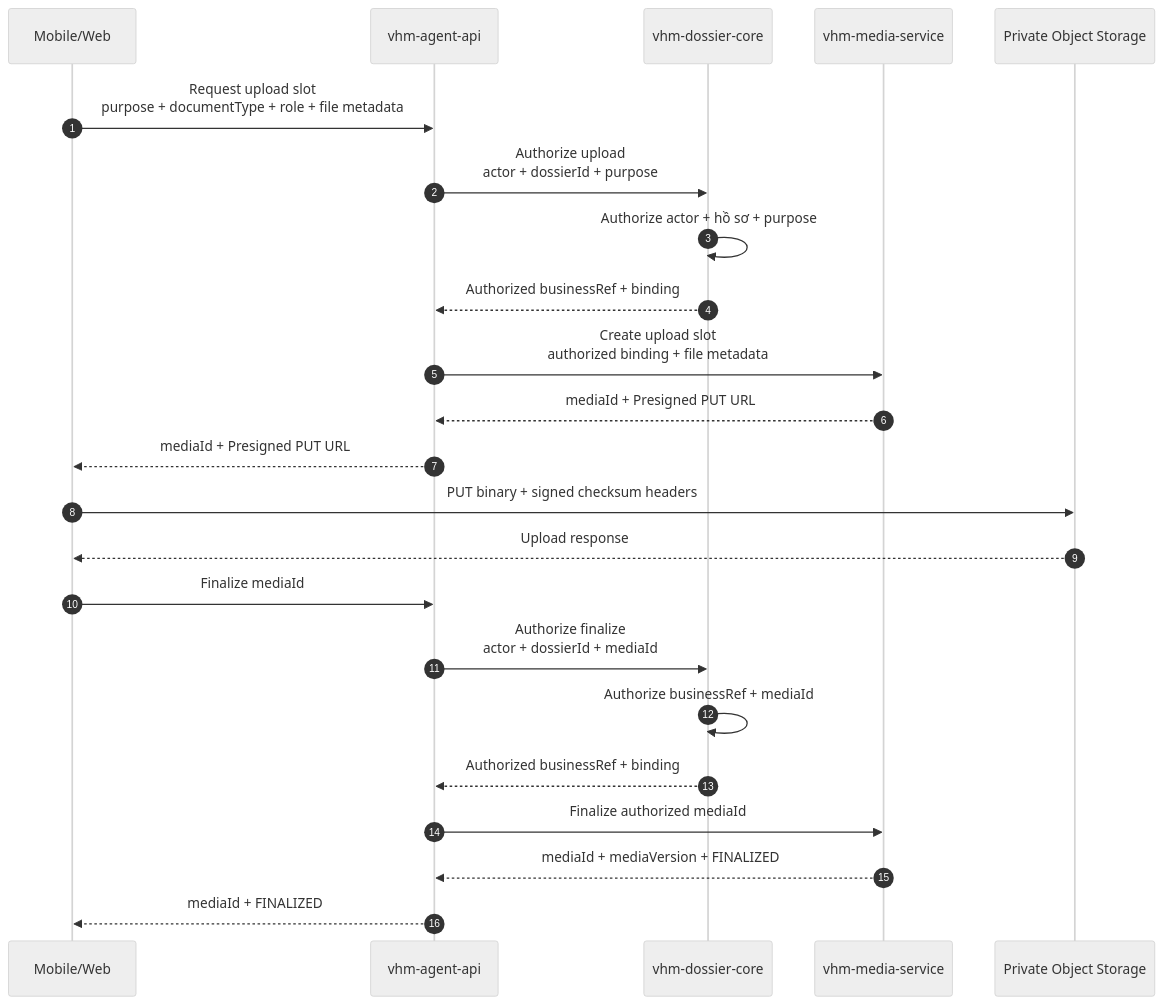
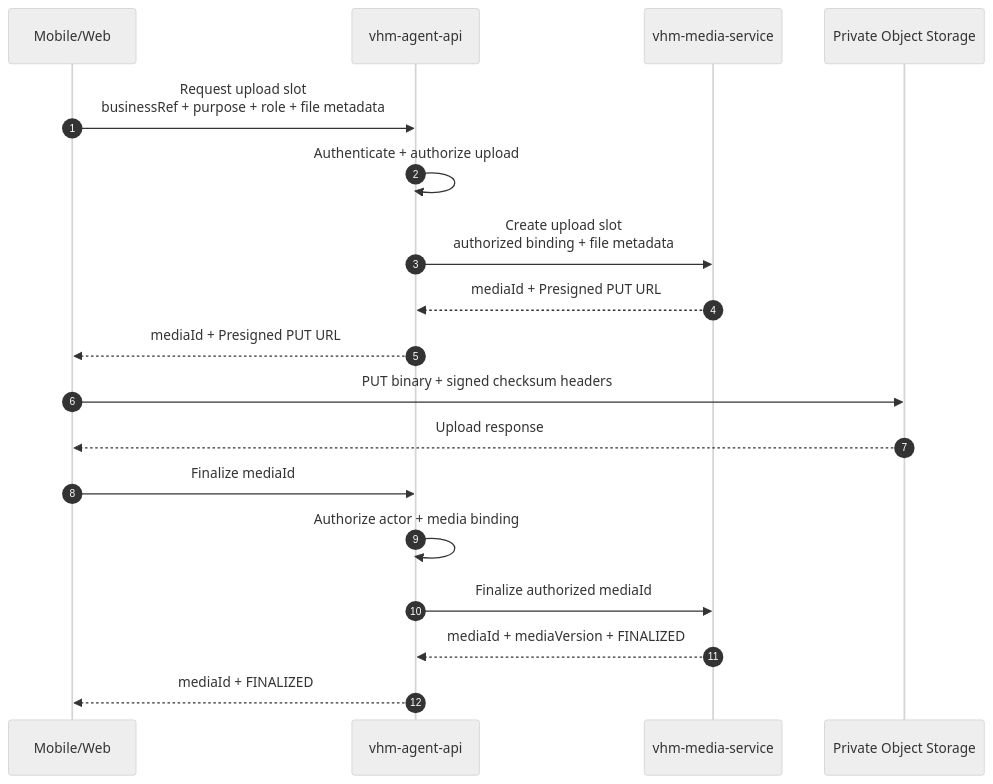
One commit to huynv-xyz/vhm changed the second of 7 diagrams in noxh.md. Above: the diagram before and after it, drawn with Mermaid (neutral theme). The commit also changed other lines of this file, not shown here.

````diff
--- a/noxh.md
+++ b/noxh.md
@@ -154,28 +136,23 @@
 ```mermaid
 sequenceDiagram
     autonumber
     participant CLIENT as Mobile/Web
     participant BFF as vhm-agent-api
-    participant DOSSIER as vhm-dossier-core
     participant MEDIA_API as vhm-media-service
     participant MEDIA as Private Object Storage
 
-    CLIENT->>BFF: Request upload slot<br/>purpose + documentType + role + file metadata
-    BFF->>DOSSIER: Authorize upload<br/>actor + dossierId + purpose
-    DOSSIER->>DOSSIER: Authorize actor + hồ sơ + purpose
-    DOSSIER-->>BFF: Authorized businessRef + binding
+    CLIENT->>BFF: Request upload slot<br/>businessRef + purpose + role + file metadata
+    BFF->>BFF: Authenticate + authorize upload
     BFF->>MEDIA_API: Create upload slot<br/>authorized binding + file metadata
     MEDIA_API-->>BFF: mediaId + Presigned PUT URL
     BFF-->>CLIENT: mediaId + Presigned PUT URL
 
     CLIENT->>MEDIA: PUT binary + signed checksum headers
     MEDIA-->>CLIENT: Upload response
 
     CLIENT->>BFF: Finalize mediaId
-    BFF->>DOSSIER: Authorize finalize<br/>actor + dossierId + mediaId
-    DOSSIER->>DOSSIER: Authorize businessRef + mediaId
-    DOSSIER-->>BFF: Authorized businessRef + binding
+    BFF->>BFF: Authorize actor + media binding
     BFF->>MEDIA_API: Finalize authorized mediaId
     MEDIA_API-->>BFF: mediaId + mediaVersion + FINALIZED
     BFF-->>CLIENT: mediaId + FINALIZED
 ```
````
